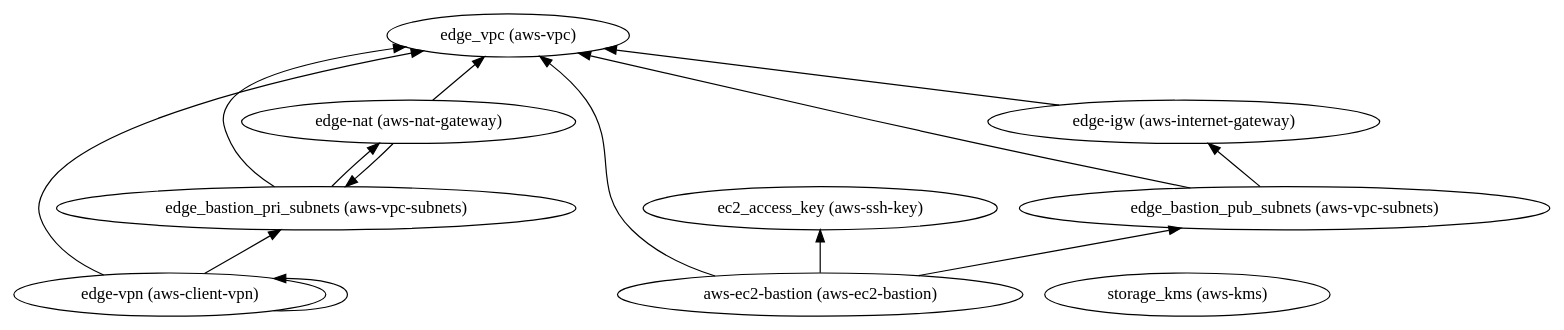
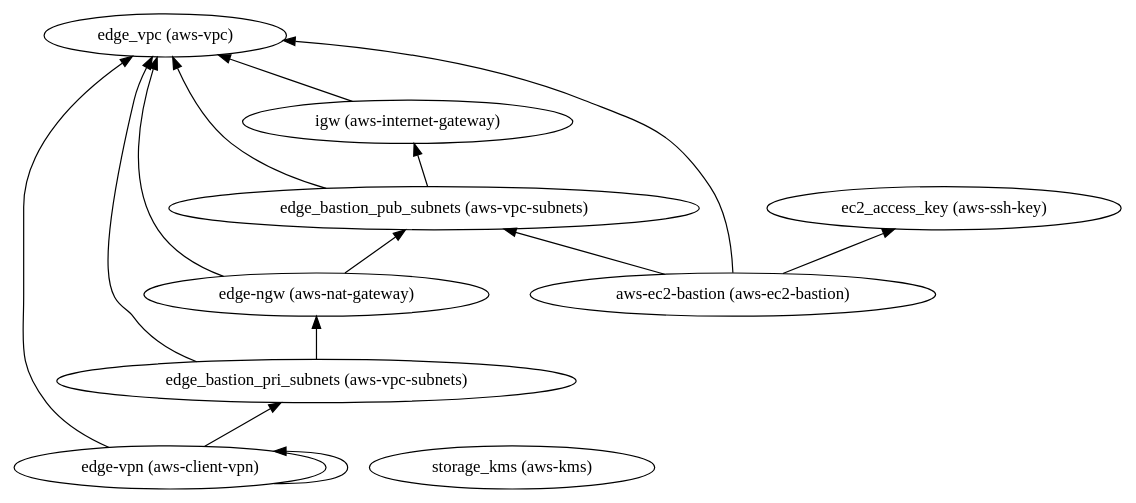
One commit to IBM/automation-aws-infra-openshift changed the diagram in 2-standard/110-aws-std-edge-vpc/dependencies.dot. Above: the diagram before and after it, drawn with Graphviz. The commit also changed 14 other files, not shown here.

```diff
--- a/2-standard/110-aws-std-edge-vpc/dependencies.dot
+++ b/2-standard/110-aws-std-edge-vpc/dependencies.dot
@@ -1,25 +1,25 @@
 digraph {
     rankdir="BT"
     "edge_vpc (aws-vpc)"
 "edge-vpn (aws-client-vpn)" -> "edge_vpc (aws-vpc)"
 "edge-vpn (aws-client-vpn)" -> "edge_bastion_pri_subnets (aws-vpc-subnets)"
 "edge-vpn (aws-client-vpn)" -> "edge-vpn (aws-client-vpn)"
 "edge-vpn (aws-client-vpn)"
 "edge_bastion_pri_subnets (aws-vpc-subnets)" -> "edge_vpc (aws-vpc)"
-"edge_bastion_pri_subnets (aws-vpc-subnets)" -> "edge-nat (aws-nat-gateway)"
+"edge_bastion_pri_subnets (aws-vpc-subnets)" -> "edge-ngw (aws-nat-gateway)"
 "edge_bastion_pri_subnets (aws-vpc-subnets)"
-"edge-nat (aws-nat-gateway)" -> "edge_vpc (aws-vpc)"
-"edge-nat (aws-nat-gateway)" -> "edge_bastion_pri_subnets (aws-vpc-subnets)"
-"edge-nat (aws-nat-gateway)"
+"edge-ngw (aws-nat-gateway)" -> "edge_vpc (aws-vpc)"
+"edge-ngw (aws-nat-gateway)" -> "edge_bastion_pub_subnets (aws-vpc-subnets)"
+"edge-ngw (aws-nat-gateway)"
+"edge_bastion_pub_subnets (aws-vpc-subnets)" -> "edge_vpc (aws-vpc)"
+"edge_bastion_pub_subnets (aws-vpc-subnets)" -> "igw (aws-internet-gateway)"
+"edge_bastion_pub_subnets (aws-vpc-subnets)"
+"igw (aws-internet-gateway)" -> "edge_vpc (aws-vpc)"
+"igw (aws-internet-gateway)"
 "aws-ec2-bastion (aws-ec2-bastion)" -> "ec2_access_key (aws-ssh-key)"
 "aws-ec2-bastion (aws-ec2-bastion)" -> "edge_vpc (aws-vpc)"
 "aws-ec2-bastion (aws-ec2-bastion)" -> "edge_bastion_pub_subnets (aws-vpc-subnets)"
 "aws-ec2-bastion (aws-ec2-bastion)"
 "ec2_access_key (aws-ssh-key)"
-"edge_bastion_pub_subnets (aws-vpc-subnets)" -> "edge_vpc (aws-vpc)"
-"edge_bastion_pub_subnets (aws-vpc-subnets)" -> "edge-igw (aws-internet-gateway)"
-"edge_bastion_pub_subnets (aws-vpc-subnets)"
-"edge-igw (aws-internet-gateway)" -> "edge_vpc (aws-vpc)"
-"edge-igw (aws-internet-gateway)"
 "storage_kms (aws-kms)"
   }
```
